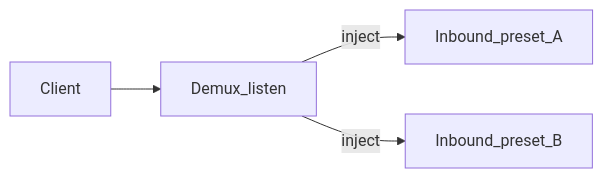
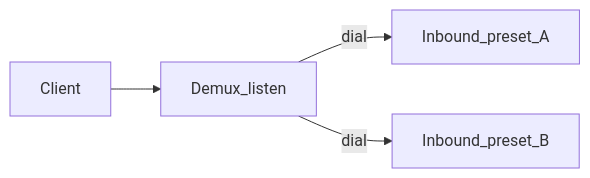
The diagram in docs/controlplane/01-concept.md (ne-tort/sing-box-subserver), drawn with Mermaid before and after one commit. The commit also changed other lines of this file and 513 other files, not shown here.

````diff
--- a/docs/controlplane/01-concept.md
+++ b/docs/controlplane/01-concept.md
@@ -59,10 +60,10 @@
 ```mermaid
 flowchart LR
   client[Client]
   demux[Demux_listen]
   ina[Inbound_preset_A]
   inb[Inbound_preset_B]
   client --> demux
-  demux -->|inject| ina
-  demux -->|inject| inb
+  demux -->|dial| ina
+  demux -->|dial| inb
 ```
````
